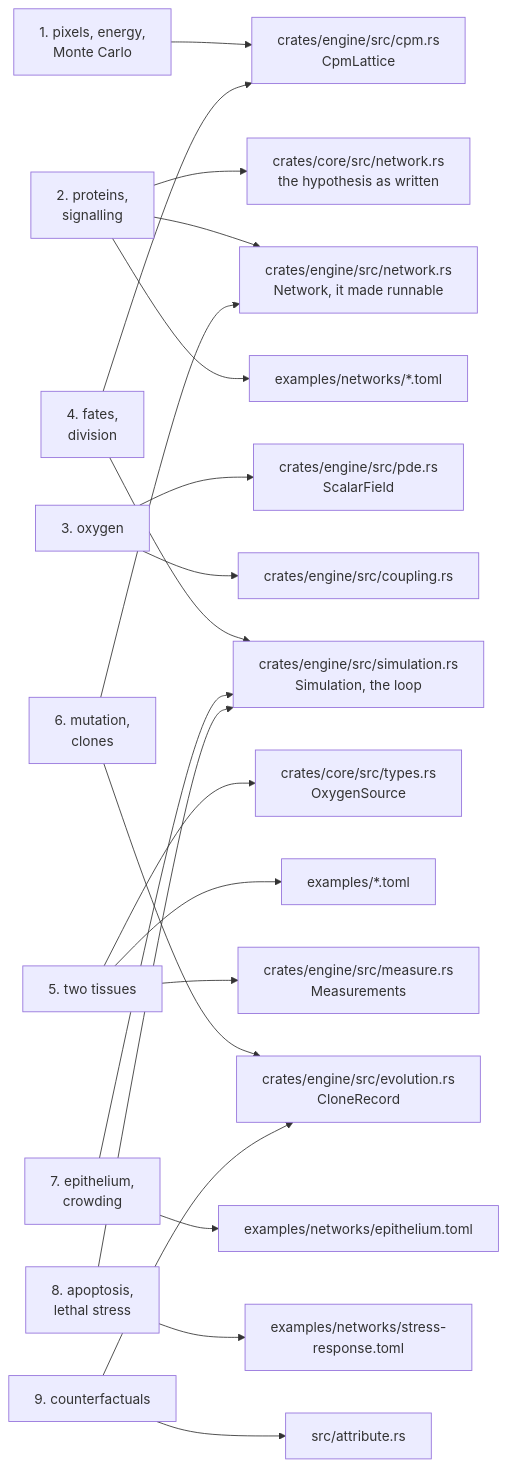
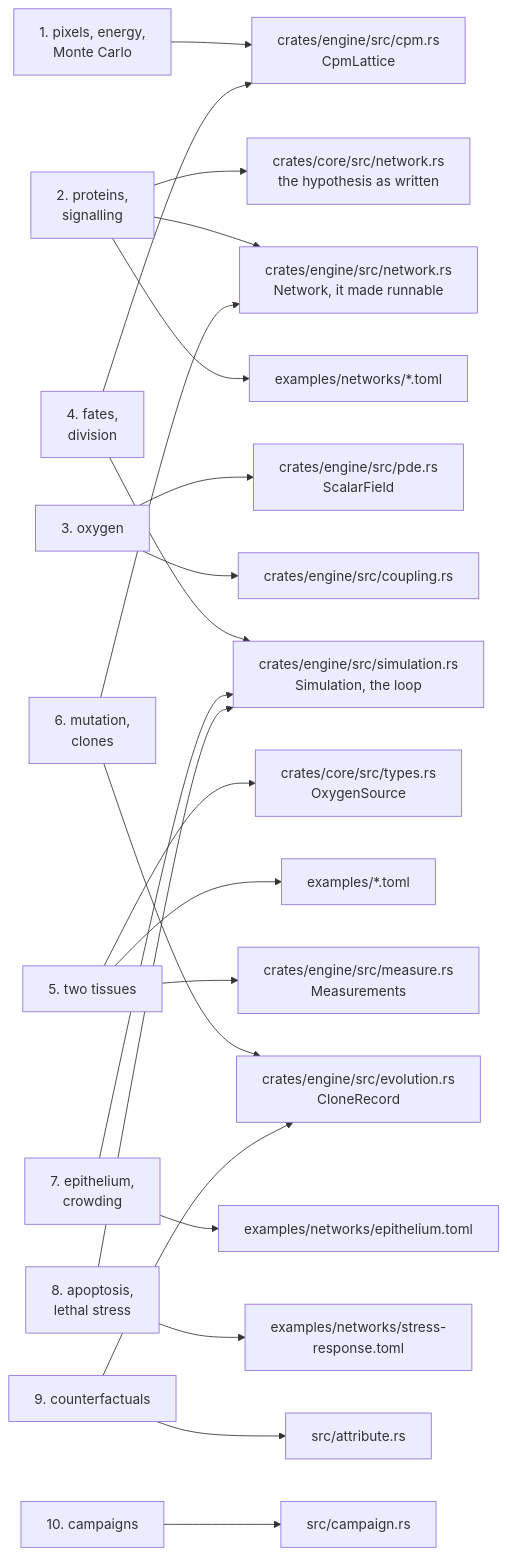
One commit to ngodzik/cellweave changed the diagram in docs/README.md. Above: the diagram before and after it, drawn with Mermaid. The commit also changed other lines of this file and 12 other files, not shown here.

````diff
--- a/docs/README.md
+++ b/docs/README.md
@@ -31,22 +32,23 @@
 ```mermaid
 flowchart LR
     c1["1. pixels, energy,<br/>Monte Carlo"] --> cpm["crates/engine/src/cpm.rs<br/>CpmLattice"]
     c2["2. proteins,<br/>signalling"] --> net["crates/core/src/network.rs<br/>the hypothesis as written"]
     c2 --> run["crates/engine/src/network.rs<br/>Network, it made runnable"]
     c2 --> files["examples/networks/*.toml"]
     c3["3. oxygen"] --> pde["crates/engine/src/pde.rs<br/>ScalarField"]
     c3 --> cpl["crates/engine/src/coupling.rs"]
     c4["4. fates,<br/>division"] --> sim["crates/engine/src/simulation.rs<br/>Simulation, the loop"]
     c4 --> cpm
     c5["5. two tissues"] --> cfg["crates/core/src/types.rs<br/>OxygenSource"]
     c5 --> ex["examples/*.toml"]
     c5 --> mea["crates/engine/src/measure.rs<br/>Measurements"]
     c6["6. mutation,<br/>clones"] --> evo["crates/engine/src/evolution.rs<br/>CloneRecord"]
     c6 --> run
     c7["7. epithelium,<br/>crowding"] --> sim
     c7 --> epi["examples/networks/epithelium.toml"]
     c8["8. apoptosis,<br/>lethal stress"] --> sim
     c8 --> str["examples/networks/stress-response.toml"]
     c9["9. counterfactuals"] --> att["src/attribute.rs"]
     c9 --> evo
+    c10["10. campaigns"] --> camp["src/campaign.rs"]
 ```
````
